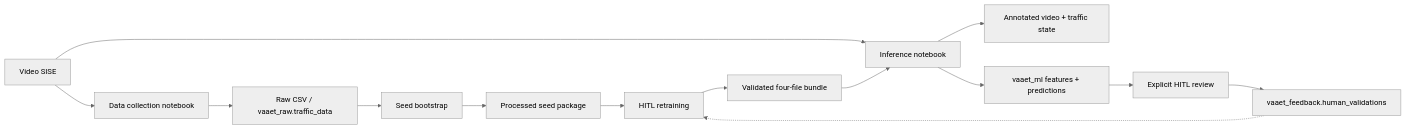
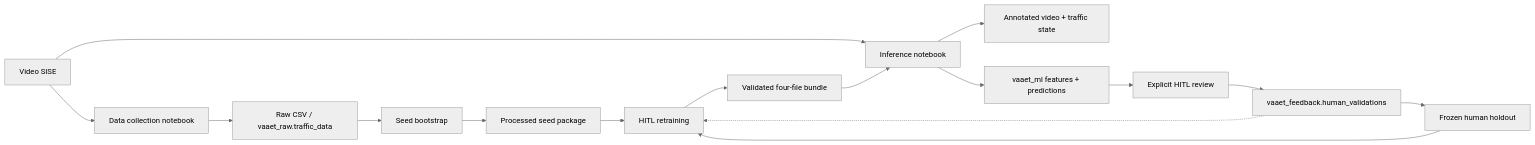
The diagram in docs/architecture/software-architecture.md (aka-titesen/vaaet), drawn with Mermaid (neutral theme) before and after one commit. The commit also changed other lines of this file and 40 other files, not shown here.

First line of the commit message:
feat: Implement versioned frozen human holdouts for HITL training

````diff
--- a/docs/architecture/software-architecture.md
+++ b/docs/architecture/software-architecture.md
@@ -5,16 +5,18 @@
 ```mermaid
 flowchart LR
     V["Video SISE"] --> C["Data collection notebook"]
     C --> R["Raw CSV / vaaet_raw.traffic_data"]
     R --> S["Seed bootstrap"]
     S --> D["Processed seed package"]
     D --> T["HITL retraining"]
     T --> B["Validated four-file bundle"]
     V --> I["Inference notebook"]
     B --> I
     I --> O["Annotated video + traffic state"]
     I --> F["vaaet_ml features + predictions"]
     F --> H["Explicit HITL review"]
     H --> HV["vaaet_feedback.human_validations"]
+    HV --> HO["Frozen human holdout"]
+    HO --> T
     HV -.-> T
 ```
````
